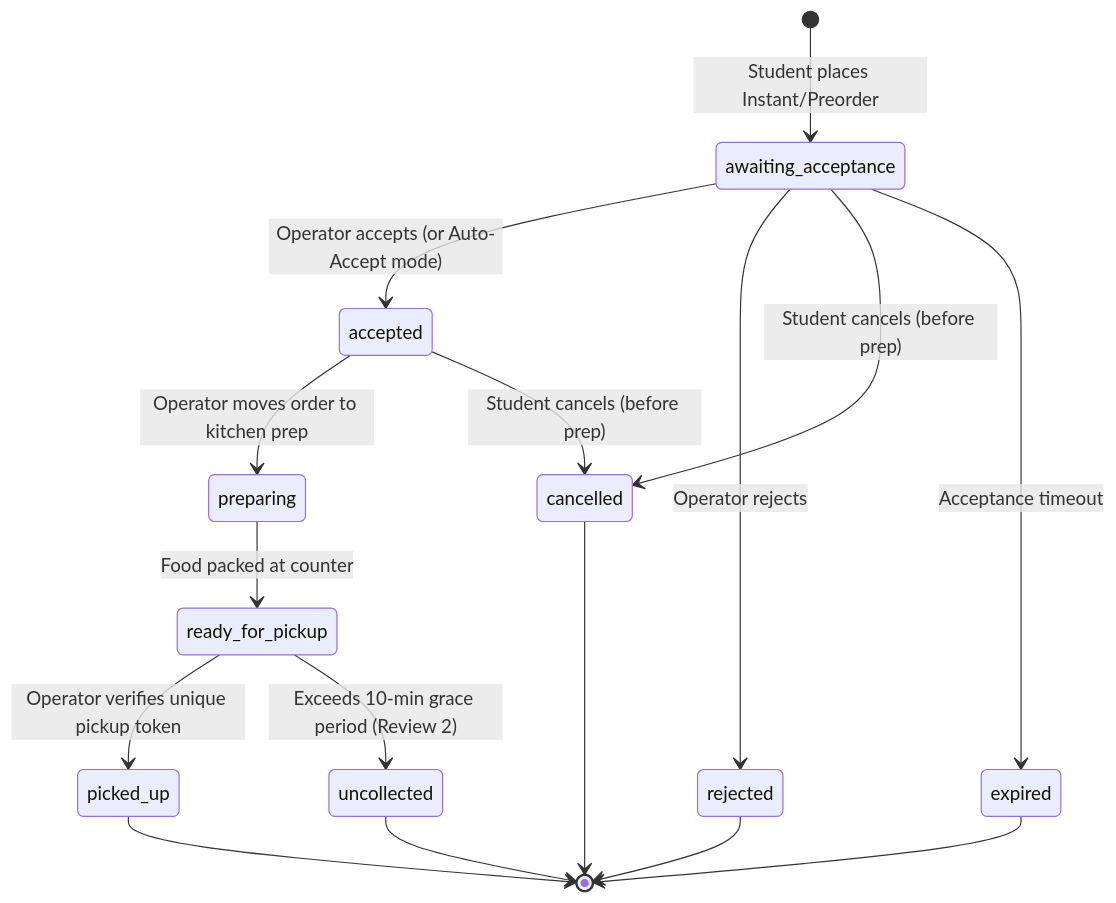
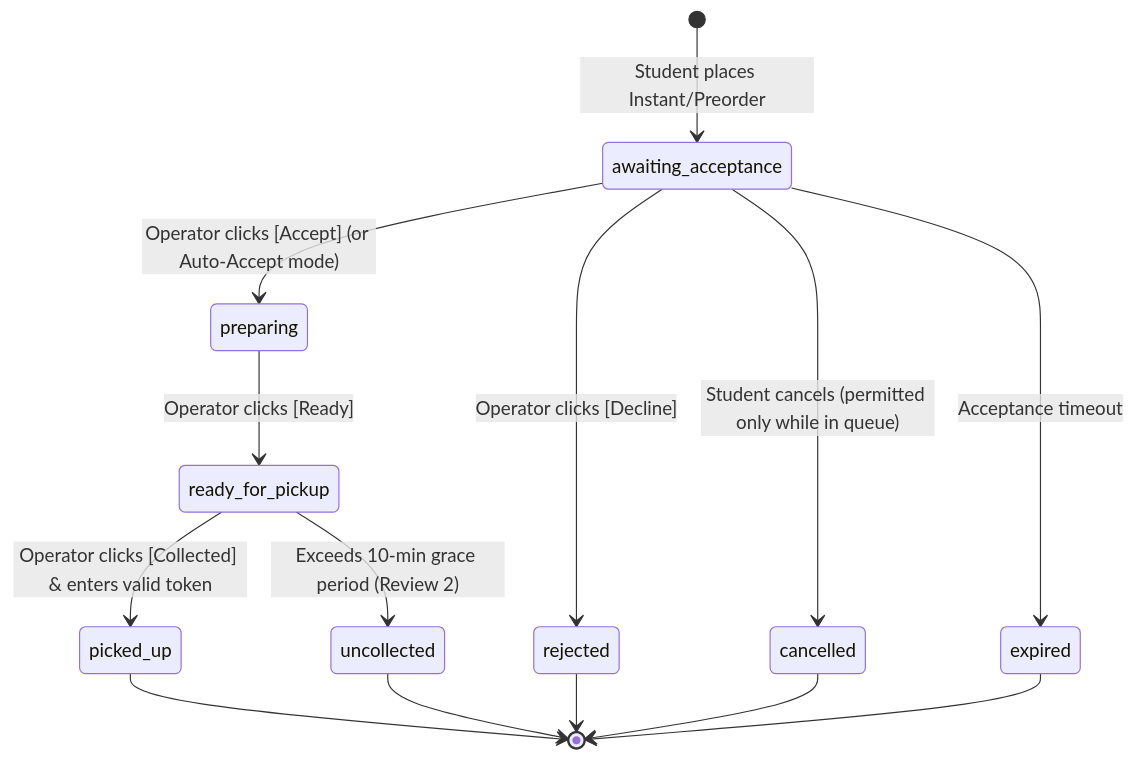
One commit to sakshi2255/MU-Canteen changed the diagram in docs/ARCHITECTURE.md. Above: the diagram before and after it, drawn with Mermaid. The commit also changed other lines of this file and 25 other files, not shown here.

Commit message:
feat: complete Review 1 core improvements, sequential operator queue, and monorepo hygiene

````diff
--- a/docs/ARCHITECTURE.md
+++ b/docs/ARCHITECTURE.md
@@ -45,18 +49,16 @@
 ```mermaid
 stateDiagram-v2
     [*] --> awaiting_acceptance: Student places Instant/Preorder
-    awaiting_acceptance --> accepted: Operator accepts (or Auto-Accept mode)
-    awaiting_acceptance --> rejected: Operator rejects
-    awaiting_acceptance --> cancelled: Student cancels (before prep)
+    awaiting_acceptance --> preparing: Operator clicks [Accept] (or Auto-Accept mode)
+    awaiting_acceptance --> rejected: Operator clicks [Decline]
+    awaiting_acceptance --> cancelled: Student cancels (permitted only while in queue)
     awaiting_acceptance --> expired: Acceptance timeout
-    accepted --> preparing: Operator moves order to kitchen prep
-    accepted --> cancelled: Student cancels (before prep)
-    preparing --> ready_for_pickup: Food packed at counter
-    ready_for_pickup --> picked_up: Operator verifies unique pickup token
+    preparing --> ready_for_pickup: Operator clicks [Ready]
+    ready_for_pickup --> picked_up: Operator clicks [Collected] & enters valid token
     ready_for_pickup --> uncollected: Exceeds 10-min grace period (Review 2)
     picked_up --> [*]
     rejected --> [*]
     cancelled --> [*]
     expired --> [*]
     uncollected --> [*]
 ```
````
